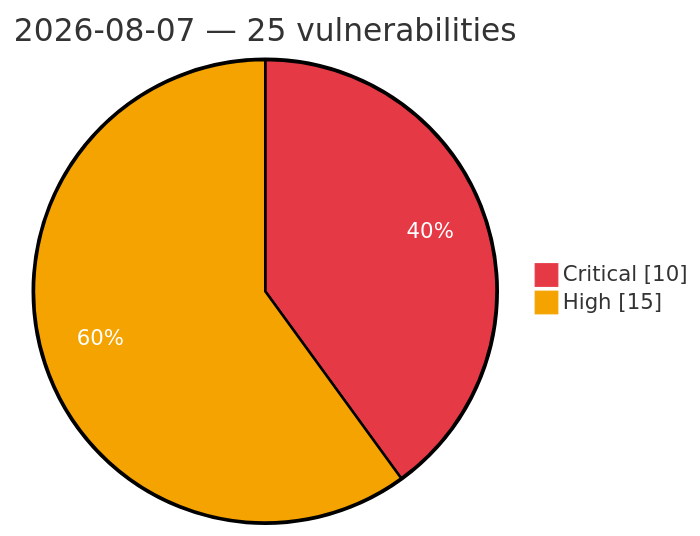
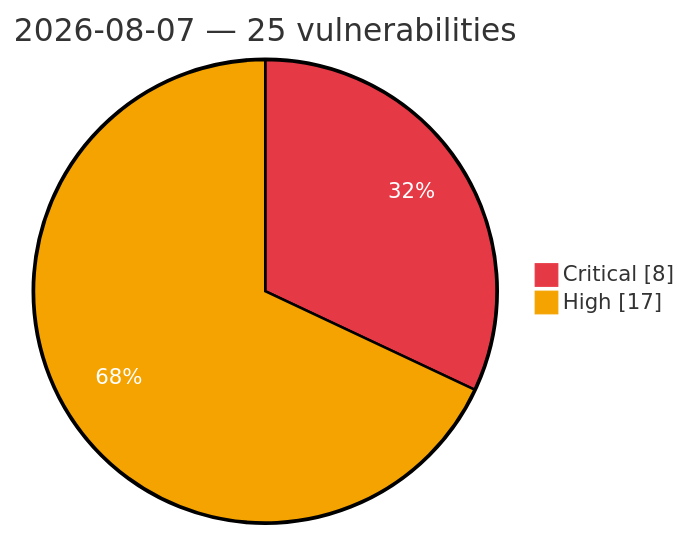
The diagram in vulnerabilities/2026-08-07.md (GhostX0X/vuln-tracker), drawn with Mermaid before and after one commit. The commit also changed other lines of this file and 1 other file, not shown here.

Commit message:
Auto update: critical/high vulns (2026-08-07 23:17 UTC)

````diff
--- a/vulnerabilities/2026-08-07.md
+++ b/vulnerabilities/2026-08-07.md
@@ -3,7 +3,7 @@
 ```mermaid
 %%{init: {'theme':'base', 'themeVariables': {'pie1':'#e63946', 'pie2':'#f4a300', 'pieOpacity':'1', 'pieOuterStrokeWidth':'2px', 'pieSectionTextColor':'#ffffff'}}}%%
 pie showData
     title 2026-08-07 — 25 vulnerabilities
-    "Critical" : 10
-    "High" : 15
+    "Critical" : 8
+    "High" : 17
 ```
````
